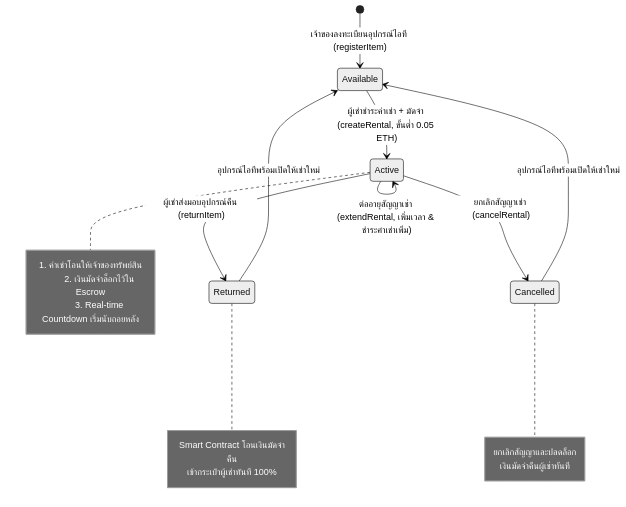
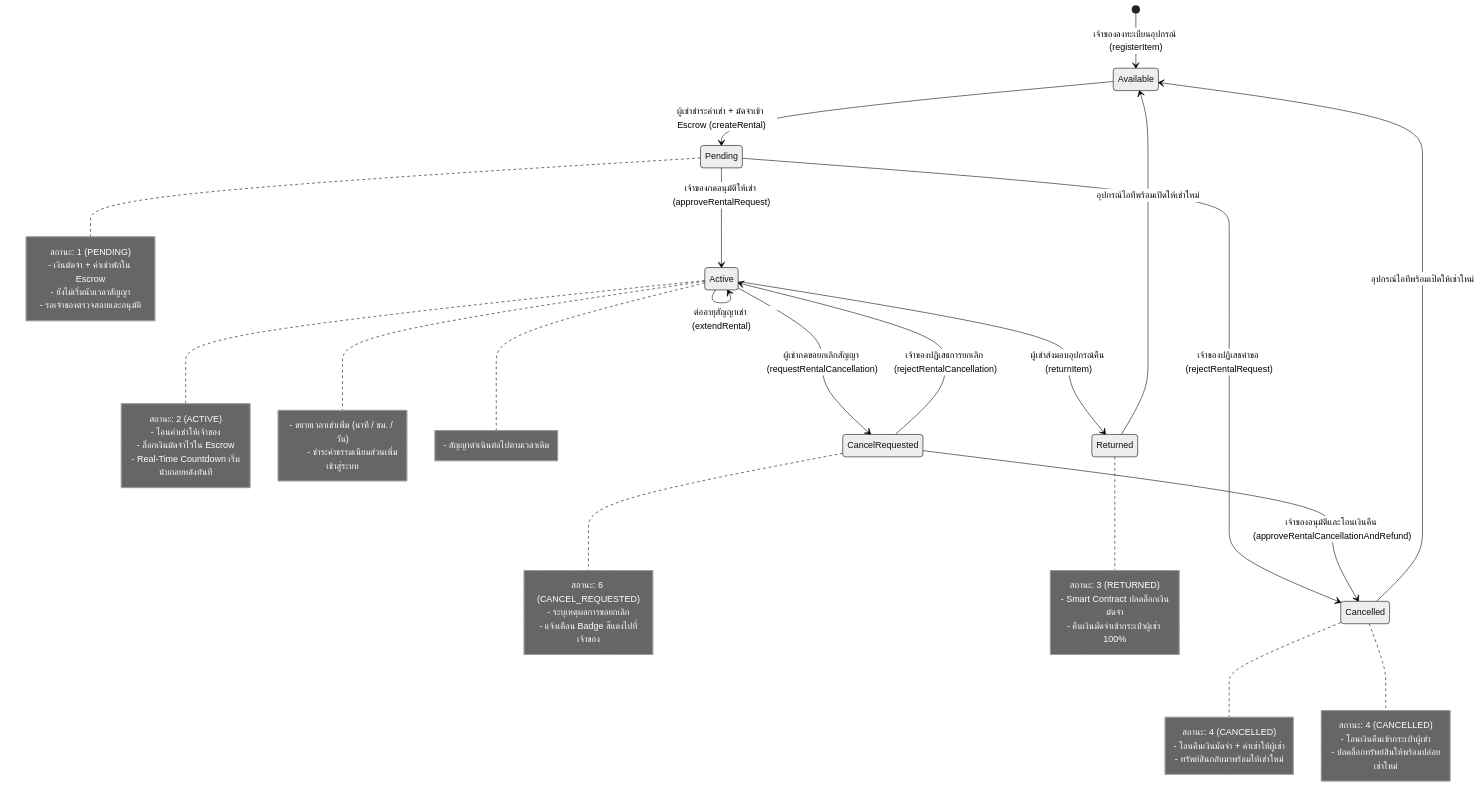
One commit to Kitikon15/Blockchain-Rental-System-DApp changed the second of 2 diagrams in README.md. Above: the diagram before and after it, drawn with Mermaid (neutral theme). The commit also changed other lines of this file and 22 other files, not shown here.

Commit message:
feat: complete two-sided rental approval, cancellation refund flow, real-time sync, and updated README

````diff
--- a/README.md
+++ b/README.md
@@ -135,27 +147,62 @@
 ```mermaid
 stateDiagram-v2
-    [*] --> Available: เจ้าของลงทะเบียนอุปกรณ์ไอที (registerItem)
-    Available --> Active: ผู้เช่าชำระค่าเช่า + มัดจำ (createRental, ขั้นต่ำ 0.05 ETH)
-    note right of Active
-        1. ค่าเช่าโอนให้เจ้าของทรัพย์สิน
-        2. เงินมัดจำล็อกไว้ใน Escrow
-        3. Real-time Countdown เริ่มนับถอยหลัง
+    [*] --> Available: เจ้าของลงทะเบียนอุปกรณ์ (registerItem)
+    
+    Available --> Pending: ผู้เช่าชำระค่าเช่า + มัดจำเข้า Escrow (createRental)
+    note right of Pending
+        สถานะ: 1 (PENDING)
+        - เงินมัดจำ + ค่าเช่าพักใน Escrow
+        - ยังไม่เริ่มนับเวลาสัญญา
+        - รอเจ้าของตรวจสอบและอนุมัติ
     end note
 
-    Active --> Active: ต่ออายุสัญญาเช่า (extendRental, เพิ่มเวลา & ชำระค่าเช่าเพิ่ม)
-    
+    Pending --> Cancelled: เจ้าของปฏิเสธคำขอ (rejectRentalRequest)
+    note right of Cancelled
+        สถานะ: 4 (CANCELLED)
+        - โอนคืนเงินมัดจำ + ค่าเช่าให้ผู้เช่า
+        - ทรัพย์สินกลับมาพร้อมให้เช่าใหม่
+    end note
+
+    Pending --> Active: เจ้าของกดอนุมัติให้เช่า (approveRentalRequest)
+    note right of Active
+        สถานะ: 2 (ACTIVE)
+        - โอนค่าเช่าให้เจ้าของ
+        - ล็อกเงินมัดจำไว้ใน Escrow
+        - Real-Time Countdown เริ่มนับถอยหลังทันที
+    end note
+
+    Active --> Active: ต่ออายุสัญญาเช่า (extendRental)
+    note right of Active
+        - ขยายเวลาเช่าเพิ่ม (นาที / ชม. / วัน)
+        - ชำระค่าธรรมเนียมส่วนเพิ่มเข้าสู่ระบบ
+    end note
+
+    Active --> CancelRequested: ผู้เช่ากดขอยกเลิกสัญญา (requestRentalCancellation)
+    note right of CancelRequested
+        สถานะ: 6 (CANCEL_REQUESTED)
+        - ระบุเหตุผลการขอยกเลิก
+        - แจ้งเตือน Badge สีแดงไปที่เจ้าของ
+    end note
+
+    CancelRequested --> Active: เจ้าของปฏิเสธการยกเลิก (rejectRentalCancellation)
+    note right of Active
+        - สัญญาดำเนินต่อไปตามเวลาเดิม
+    end note
+
+    CancelRequested --> Cancelled: เจ้าของอนุมัติและโอนเงินคืน (approveRentalCancellationAndRefund)
+    note right of Cancelled
+        สถานะ: 4 (CANCELLED)
+        - โอนเงินคืนเข้ากระเป๋าผู้เช่า
+        - ปลดล็อกทรัพย์สินให้พร้อมปล่อยเช่าใหม่
+    end note
+
     Active --> Returned: ผู้เช่าส่งมอบอุปกรณ์คืน (returnItem)
     note right of Returned
-        Smart Contract โอนเงินมัดจำคืน
-        เข้ากระเป๋าผู้เช่าทันที 100%
-    end note
-
-    Active --> Cancelled: ยกเลิกสัญญาเช่า (cancelRental)
-    note right of Cancelled
-        ยกเลิกสัญญาและปลดล็อก
-        เงินมัดจำคืนผู้เช่าทันที
+        สถานะ: 3 (RETURNED)
+        - Smart Contract ปลดล็อกเงินมัดจำ
+        - คืนเงินมัดจำเข้ากระเป๋าผู้เช่า 100%
     end note
 
     Returned --> Available: อุปกรณ์ไอทีพร้อมเปิดให้เช่าใหม่
     Cancelled --> Available: อุปกรณ์ไอทีพร้อมเปิดให้เช่าใหม่
 ```
````
